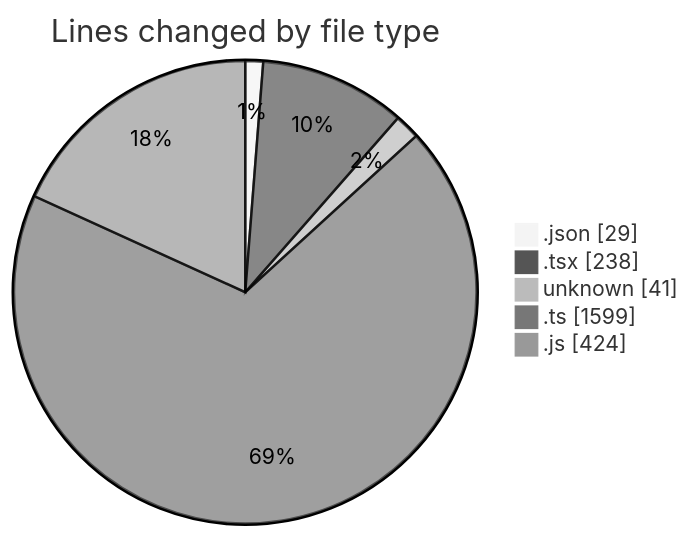
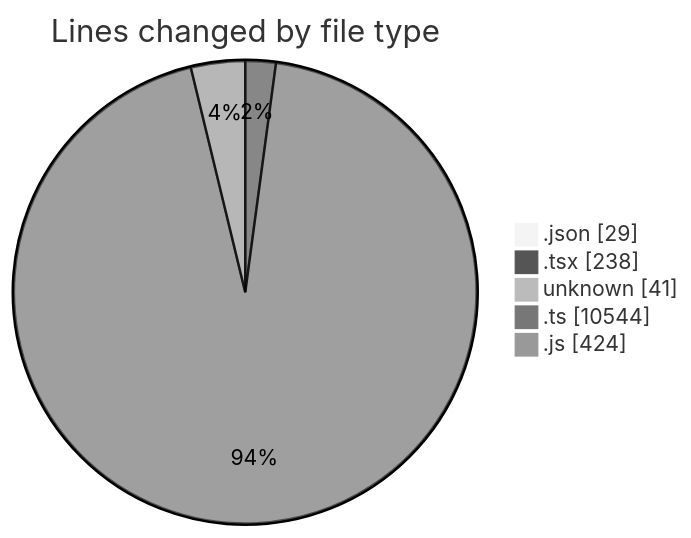
The first of 2 diagrams in 2025-06-09/cda/README.md (momahboobian/code-tracking), drawn with Mermaid (neutral theme) before and after one commit. The commit also changed other lines of this file and 1 other file, not shown here.

````diff
--- a/2025-06-09/cda/README.md
+++ b/2025-06-09/cda/README.md
@@ -26,9 +27,9 @@
 ```mermaid
 pie showData
 title Lines changed by file type
 ".json" : 29
 ".tsx" : 238
 "unknown" : 41
-".ts" : 1599
+".ts" : 10544
 ".js" : 424
 ```
````
